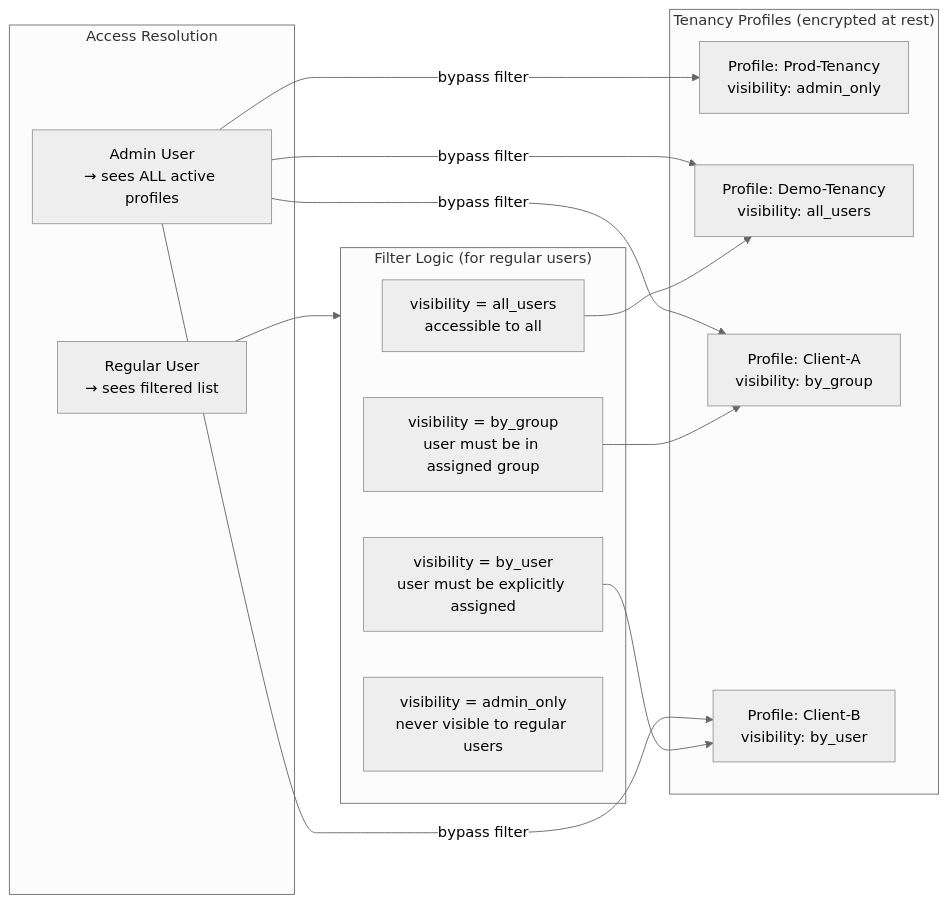
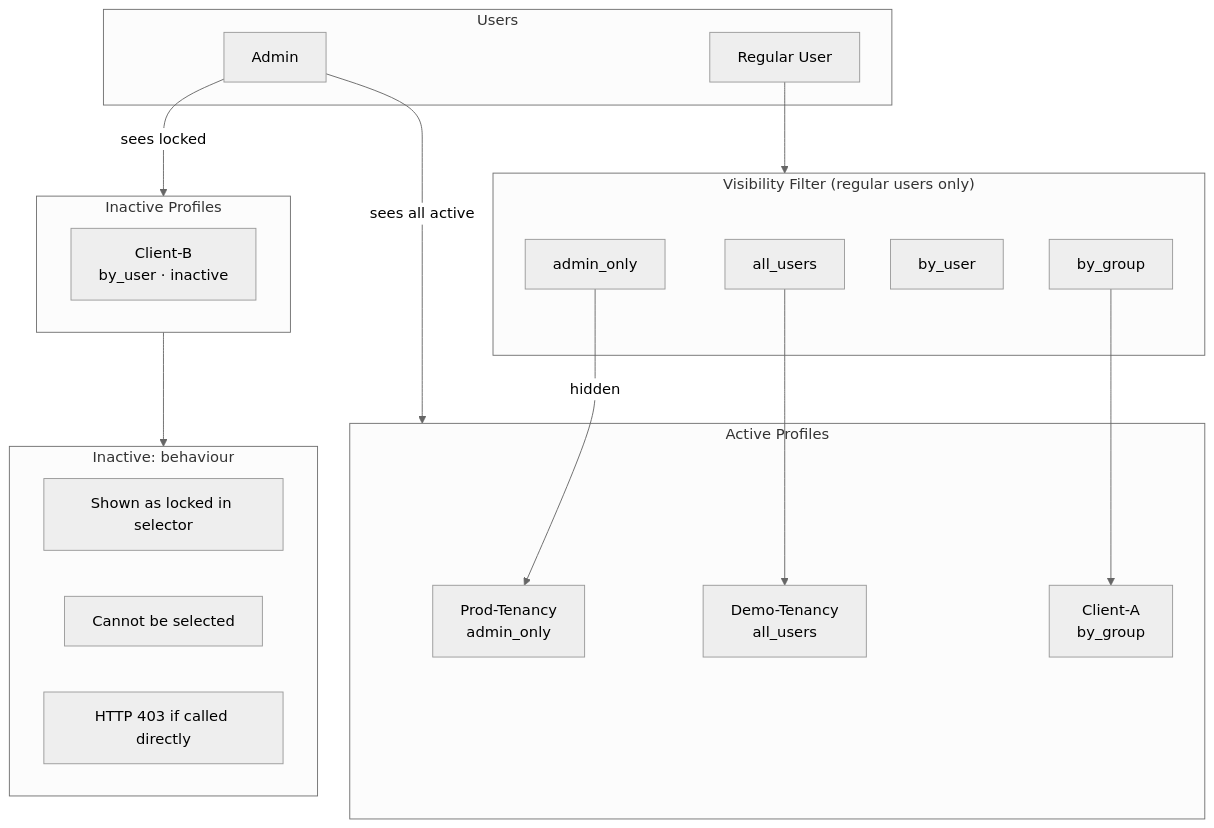
Before and after one commit to Pedr0Teixeira/oci-docgen: the third of 7 diagrams in README.md, drawn with Mermaid (neutral theme). The commit also changed other lines of this file and 9 other files, not shown here.

Commit message:
feat: Introduce profile active/inactive states, generator wizard step dependency enforcement, and announcements, updating documentation and diagrams.

````diff
--- a/README.md
+++ b/README.md
@@ -195,27 +202,38 @@
 ```mermaid
-flowchart LR
- subgraph Profiles["Tenancy Profiles (encrypted at rest)"]
- P1["Profile: Prod-Tenancy<br/>visibility: admin_only"]
- P2["Profile: Demo-Tenancy<br/>visibility: all_users"]
- P3["Profile: Client-A<br/>visibility: by_group"]
- P4["Profile: Client-B<br/>visibility: by_user"]
- end
+flowchart TD
+  subgraph Users["Users"]
+    Admin["Admin"]
+    Regular["Regular User"]
+  end
 
- subgraph Access["Access Resolution"]
- Admin["Admin User<br/>→ sees ALL active profiles"]
- Regular["Regular User<br/>→ sees filtered list"]
- end
+  subgraph Visibility["Visibility Filter (regular users only)"]
+    V_all["all_users"]
+    V_group["by_group"]
+    V_user["by_user"]
+    V_admin["admin_only"]
+  end
 
- subgraph FilterLogic["Filter Logic (for regular users)"]
- V1["visibility = all_users<br/>accessible to all"]
- V2["visibility = by_group<br/>user must be in assigned group"]
- V3["visibility = by_user<br/>user must be explicitly assigned"]
- V4["visibility = admin_only<br/>never visible to regular users"]
- end
+  subgraph ActiveProfiles["Active Profiles"]
+    P1["Prod-Tenancy<br/>admin_only"]
+    P2["Demo-Tenancy<br/>all_users"]
+    P3["Client-A<br/>by_group"]
+  end
 
- Admin -->|"bypass filter"| P1 & P2 & P3 & P4
- Regular --> FilterLogic
- V1 --> P2
- V2 --> P3
- V3 --> P4
+  subgraph InactiveProfiles["Inactive Profiles"]
+    P4["Client-B<br/>by_user · inactive"]
+  end
+
+  subgraph InactiveHandling["Inactive: behaviour"]
+    I1["Shown as locked in selector"]
+    I2["Cannot be selected"]
+    I3["HTTP 403 if called directly"]
+  end
+
+  Admin -->|"sees all active"| ActiveProfiles
+  Admin -->|"sees locked"| InactiveProfiles
+  Regular --> Visibility
+  V_all --> P2
+  V_group --> P3
+  V_admin -->|"hidden"| P1
+  InactiveProfiles --> InactiveHandling
 ```
````
